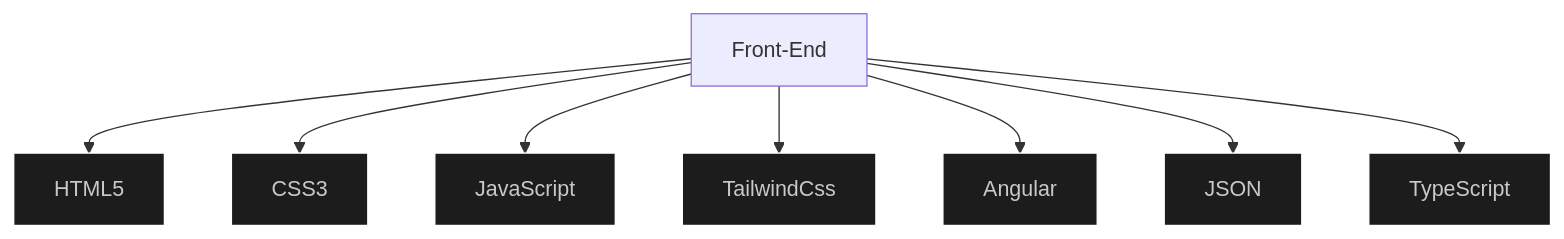
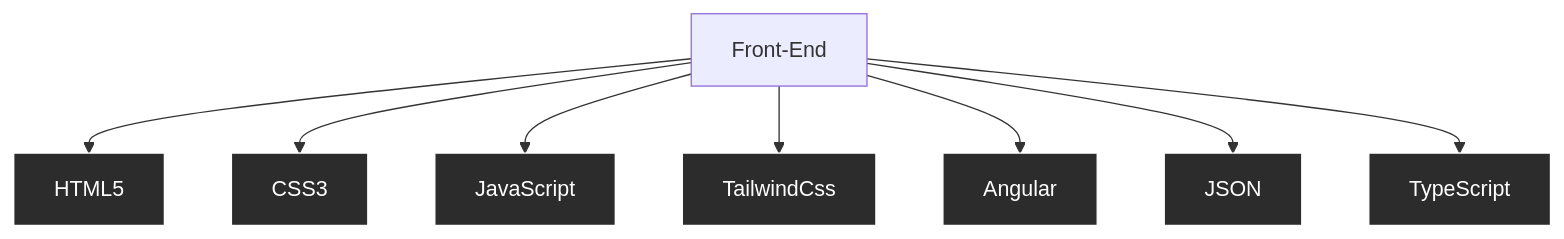
One commit to LinderCa/LinderCa changed the first of 2 diagrams in README.md. Above: the diagram before and after it, drawn with Mermaid. The commit also changed other lines of this file, not shown here.

````diff
--- a/README.md
+++ b/README.md
@@ -50,12 +48,12 @@
 ```mermaid
 graph TD;
     Front-End-->HTML5;
     Front-End-->CSS3;
     Front-End-->JavaScript;
-    Front-End-->TailwindCss
+    Front-End-->TailwindCss;
     Front-End-->Angular;
     Front-End-->JSON;
     Front-End-->TypeScript;
-    classDef frontEnd fill:#1c1c1c,stroke:#ffffff,color:#c9c9c9;
+    classDef frontEnd fill:#2c2c2c,stroke:#ffffff,color:#ffffff;
     class HTML5,CSS3,JavaScript,TailwindCss,Angular,JSON,TypeScript frontEnd;
 ```
````
